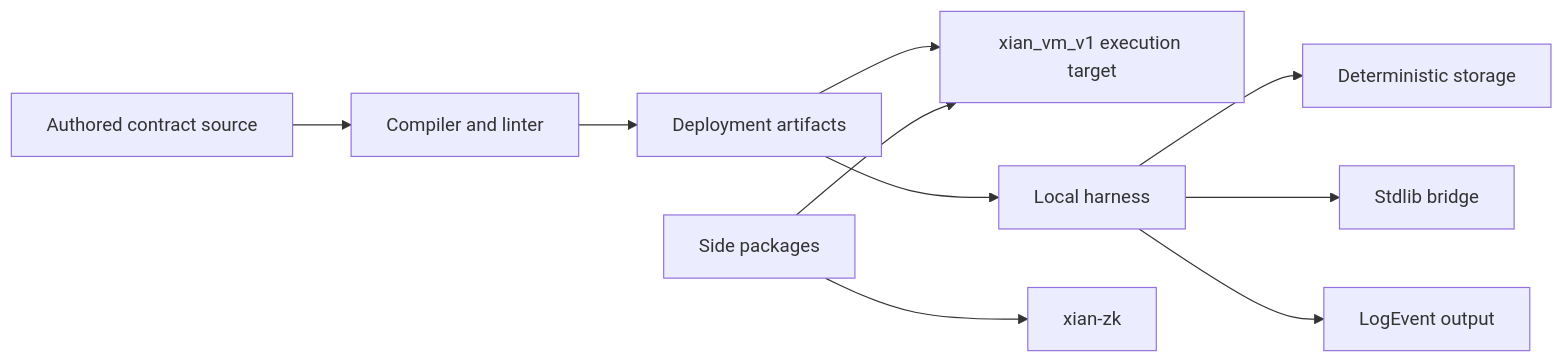
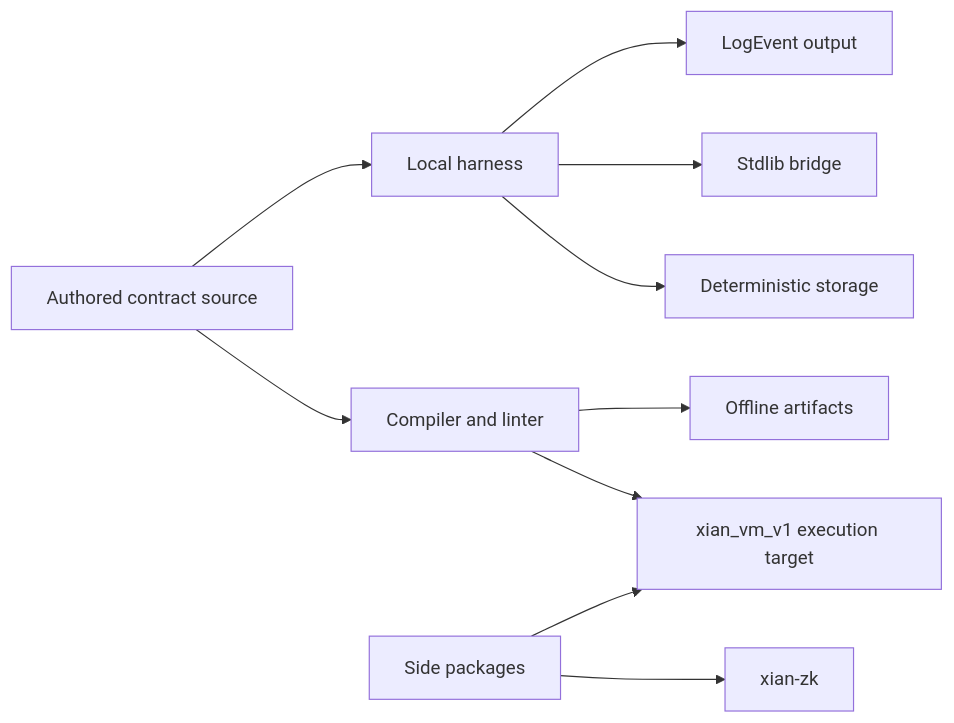
The diagram in README.md (xian-technology/xian-contracting), drawn with Mermaid before and after one commit. The commit also changed other lines of this file and 34 other files, not shown here.

````diff
--- a/README.md
+++ b/README.md
@@ -15,12 +15,12 @@
 ```mermaid
 flowchart LR
   Source["Authored contract source"] --> Compiler["Compiler and linter"]
-  Compiler --> Artifact["Deployment artifacts"]
-  Artifact --> VM["xian_vm_v1 execution target"]
-  Artifact --> Executor["Local harness"]
+  Compiler --> Artifact["Offline artifacts"]
+  Compiler --> VM["xian_vm_v1 execution target"]
+  Source --> Executor["Local harness"]
   Executor --> Storage["Deterministic storage"]
   Executor --> Stdlib["Stdlib bridge"]
   Executor --> Events["LogEvent output"]
   Packages["Side packages"] --> VM
   Packages --> ZK["xian-zk"]
 ```
````
